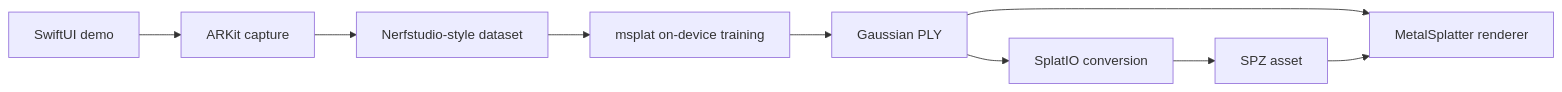
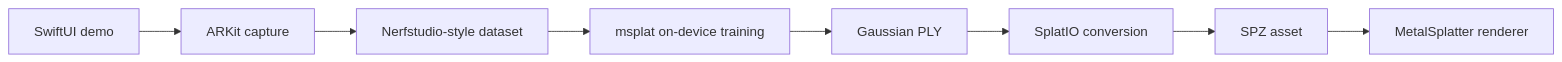
One commit to Voxelio-app/ios-gaussian-splatting-demo changed the diagram in README.md. Above: the diagram before and after it, drawn with Mermaid. The commit also changed other lines of this file and 7 other files, not shown here.

````diff
--- a/README.md
+++ b/README.md
@@ -22,11 +33,10 @@
 ```mermaid
 flowchart LR
     A["SwiftUI demo"] --> B["ARKit capture"]
     B --> C["Nerfstudio-style dataset"]
     C --> D["msplat on-device training"]
     D --> E["Gaussian PLY"]
     E --> F["SplatIO conversion"]
     F --> G["SPZ asset"]
-    E --> H["MetalSplatter renderer"]
-    G --> H
+    G --> H["MetalSplatter renderer"]
 ```
````
